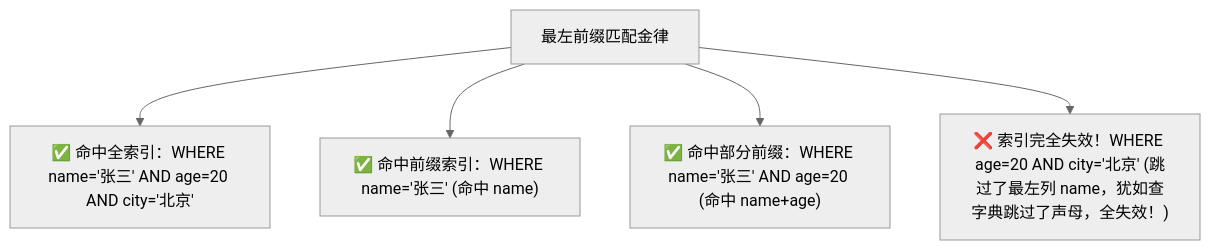
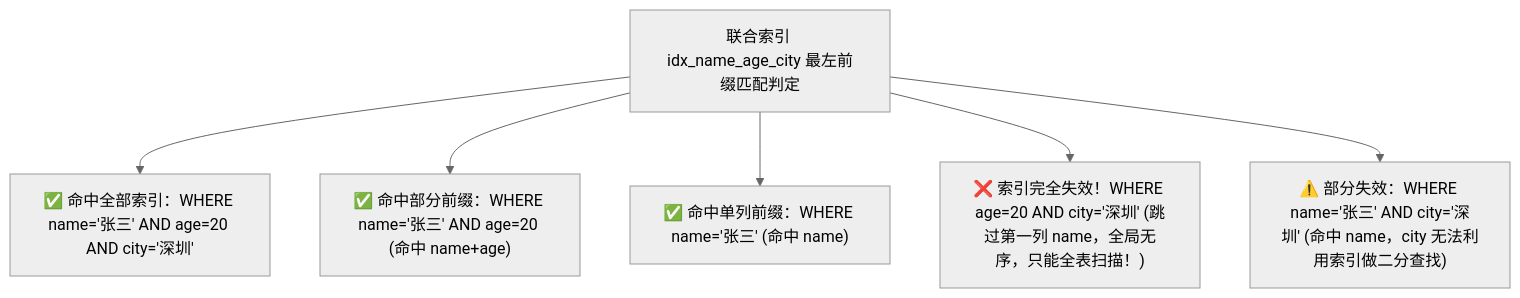
Before and after one commit to GuoWWWX/knowledge-base: the sixth of 6 diagrams in 20-Java后端/05-数据库与存储/01-MySQL索引原理-B+树.md, drawn with Mermaid (neutral theme). The commit also changed other lines of this file and 2 other files, not shown here.

````diff
--- a/20-Java后端/05-数据库与存储/01-MySQL索引原理-B+树.md
+++ b/20-Java后端/05-数据库与存储/01-MySQL索引原理-B+树.md
@@ -183,8 +293,9 @@
 ```mermaid
 flowchart TD
-    Rule["最左前缀匹配金律"]
-    Rule --> C1["✅ 命中全索引：WHERE name='张三' AND age=20 AND city='北京'"]
-    Rule --> C2["✅ 命中前缀索引：WHERE name='张三' (命中 name)"]
-    Rule --> C3["✅ 命中部分前缀：WHERE name='张三' AND age=20 (命中 name+age)"]
-    Rule --> C4["❌ 索引完全失效！WHERE age=20 AND city='北京' (跳过了最左列 name，犹如查字典跳过了声母，全失效！)"]
+    Rule["联合索引 idx_name_age_city 最左前缀匹配判定"]
+    Rule --> C1["✅ 命中全部索引：WHERE name='张三' AND age=20 AND city='深圳'"]
+    Rule --> C2["✅ 命中部分前缀：WHERE name='张三' AND age=20 (命中 name+age)"]
+    Rule --> C3["✅ 命中单列前缀：WHERE name='张三' (命中 name)"]
+    Rule --> C4["❌ 索引完全失效！WHERE age=20 AND city='深圳' (跳过第一列 name，全局无序，只能全表扫描！)"]
+    Rule --> C5["⚠️ 部分失效：WHERE name='张三' AND city='深圳' (命中 name，city 无法利用索引做二分查找)"]
 ```
````
